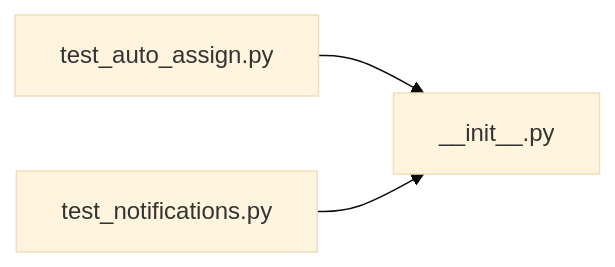
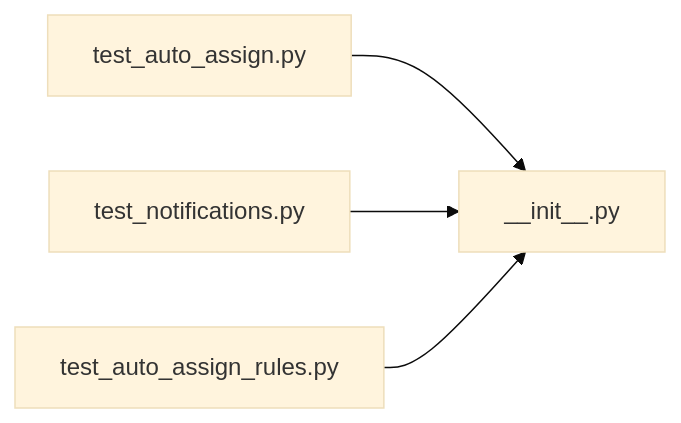
One commit to minkong-dev/Banblit changed the diagram in .cluedoc/graph/backend/src/backend/jobs/__init__.md. Above: the diagram before and after it, drawn with Mermaid (base theme). The commit also changed other lines of this file and 35 other files, not shown here.

````diff
--- a/.cluedoc/graph/backend/src/backend/jobs/__init__.md
+++ b/.cluedoc/graph/backend/src/backend/jobs/__init__.md
@@ -10,6 +10,7 @@
 ```mermaid
 flowchart LR
   backend_src_backend_jobs___init__["__init__.py"]
   backend_tests_integration_db_test_auto_assign["test_auto_assign.py"] --> backend_src_backend_jobs___init__
   backend_tests_integration_db_test_notifications["test_notifications.py"] --> backend_src_backend_jobs___init__
+  backend_tests_unit_test_auto_assign_rules["test_auto_assign_rules.py"] --> backend_src_backend_jobs___init__
 ```
````
